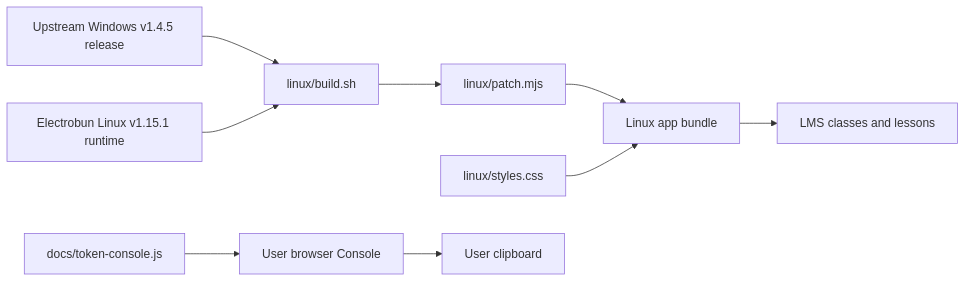
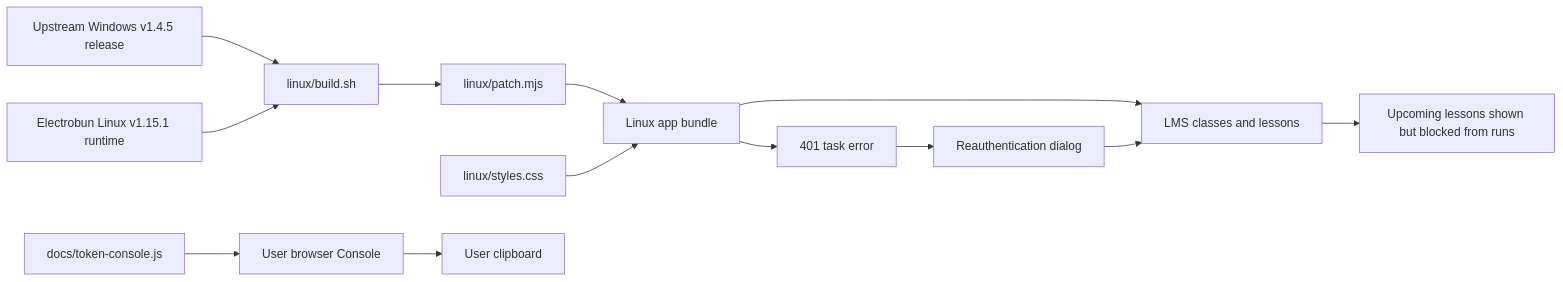
One commit to cecon123/lbuns changed the diagram in .claude/second_brain.md. Above: the diagram before and after it, drawn with Mermaid. The commit also changed other lines of this file and 1 other file, not shown here.

````diff
--- a/.claude/second_brain.md
+++ b/.claude/second_brain.md
@@ -5,11 +5,15 @@
 ```mermaid
 flowchart LR
   R[Upstream Windows v1.4.5 release] --> B[linux/build.sh]
   E[Electrobun Linux v1.15.1 runtime] --> B
   B --> P[linux/patch.mjs]
   P --> A[Linux app bundle]
   S[linux/styles.css] --> A
   A --> L[LMS classes and lessons]
+  L --> U[Upcoming lessons shown but blocked from runs]
+  A --> R401[401 task error]
+  R401 --> TNEW[Reauthentication dialog]
+  TNEW --> L
   D[docs/token-console.js] --> C[User browser Console]
   C --> T[User clipboard]
 ```
````
